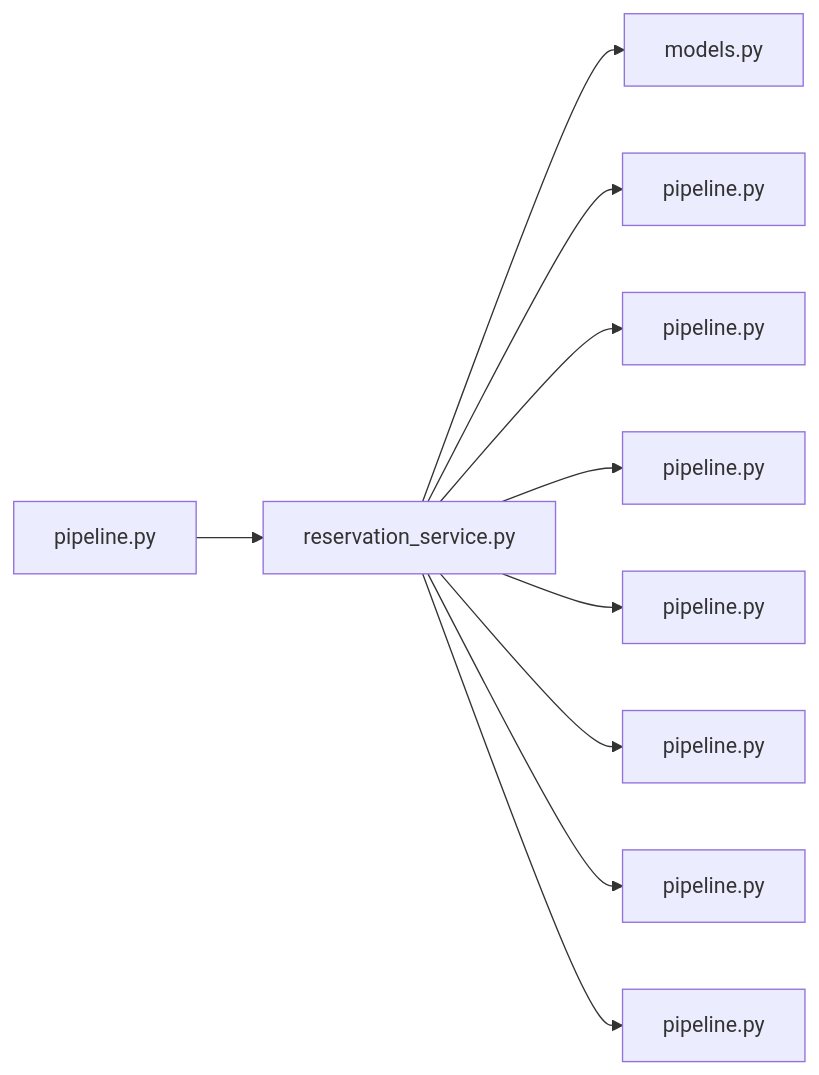
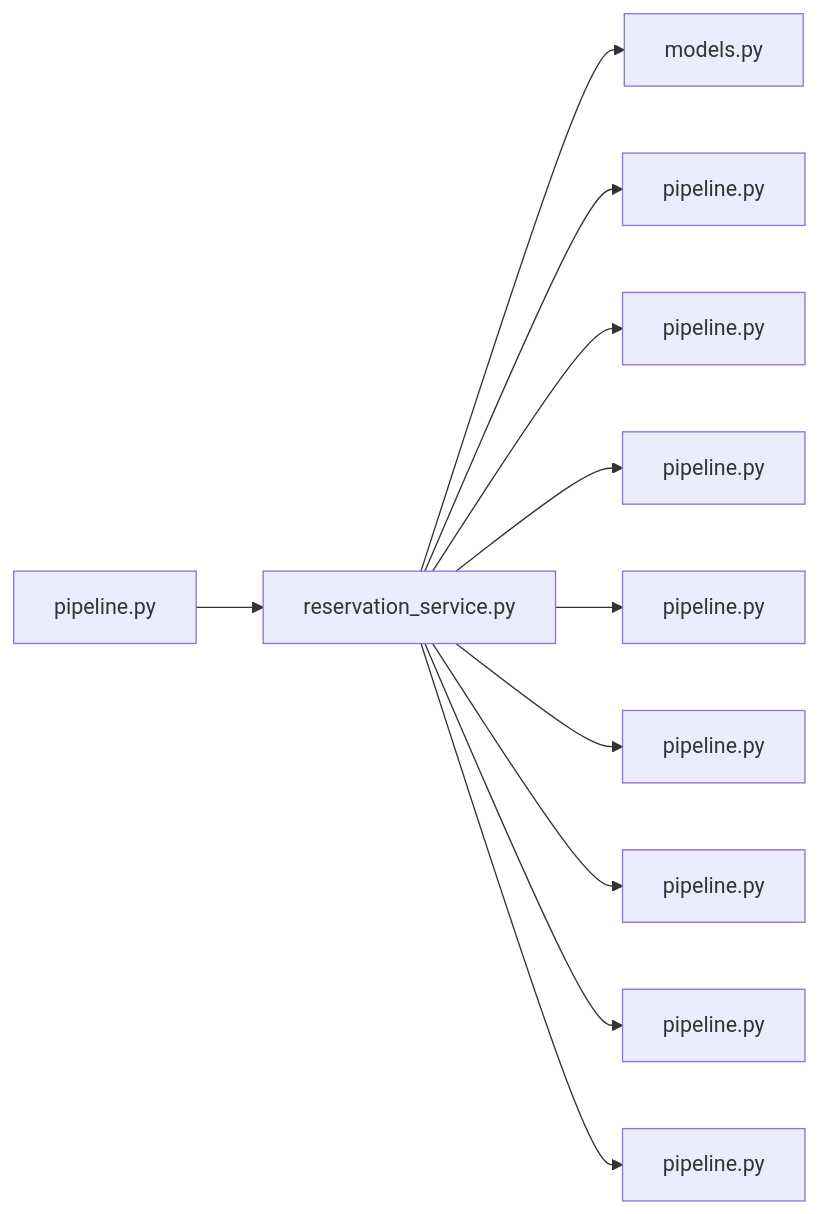
The diagram in .cluedoc/graph/backend/src/backend/services/reservation/reservation_service.md (minkong-dev/Banblit), drawn with Mermaid before and after one commit. The commit also changed other lines of this file and 37 other files, not shown here.

````diff
--- a/.cluedoc/graph/backend/src/backend/services/reservation/reservation_service.md
+++ b/.cluedoc/graph/backend/src/backend/services/reservation/reservation_service.md
@@ -10,13 +10,14 @@
 ```mermaid
 flowchart LR
   backend_src_backend_services_reservation_reservation_service["reservation_service.py"]
   backend_src_backend_services_reservation_reservation_service --> backend_src_backend_db_models["models.py"]
   backend_src_backend_services_reservation_reservation_service --> backend_src_backend_db_pipeline["pipeline.py"]
+  backend_src_backend_services_reservation_reservation_service --> backend_src_backend_scheduling_pipeline["pipeline.py"]
   backend_src_backend_services_reservation_reservation_service --> backend_src_backend_services_notification_pipeline["pipeline.py"]
   backend_src_backend_services_reservation_reservation_service --> backend_src_backend_services_permission_pipeline["pipeline.py"]
   backend_src_backend_services_reservation_reservation_service --> backend_src_backend_services_room_pipeline["pipeline.py"]
   backend_src_backend_services_reservation_reservation_service --> backend_src_backend_services_roster_pipeline["pipeline.py"]
   backend_src_backend_services_reservation_reservation_service --> backend_src_backend_services_settings_pipeline["pipeline.py"]
   backend_src_backend_services_reservation_reservation_service --> backend_src_backend_services_validation_pipeline["pipeline.py"]
   backend_src_backend_services_reservation_pipeline["pipeline.py"] --> backend_src_backend_services_reservation_reservation_service
 ```
````
